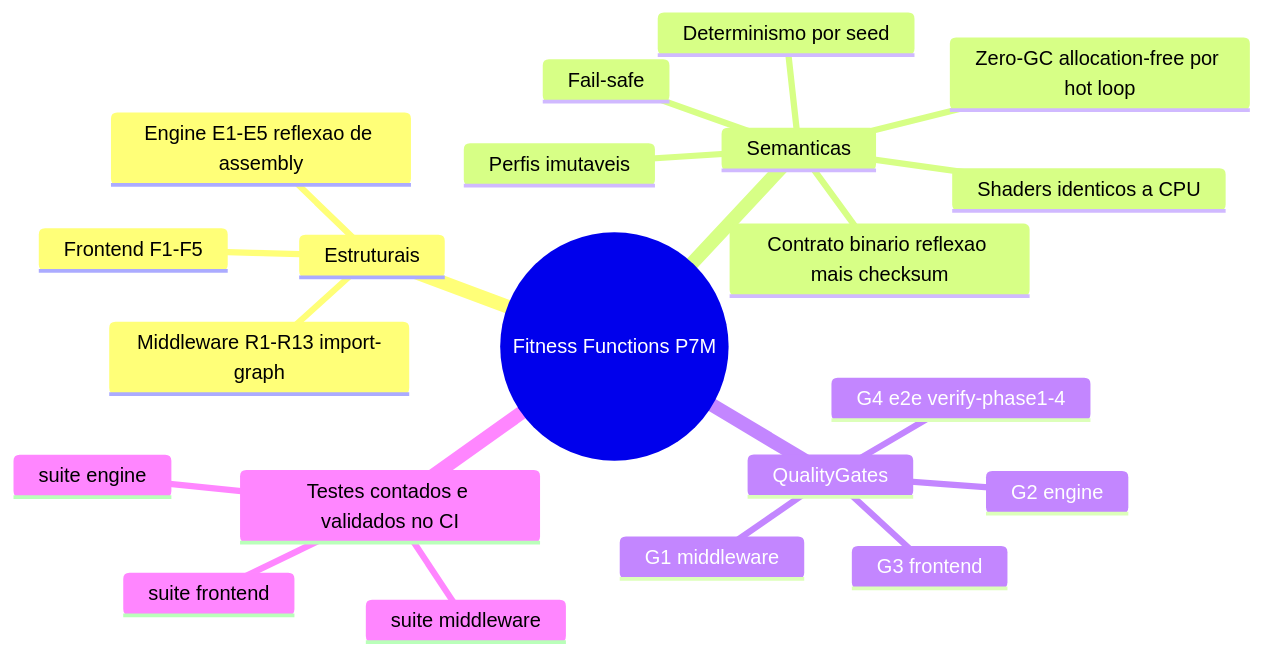
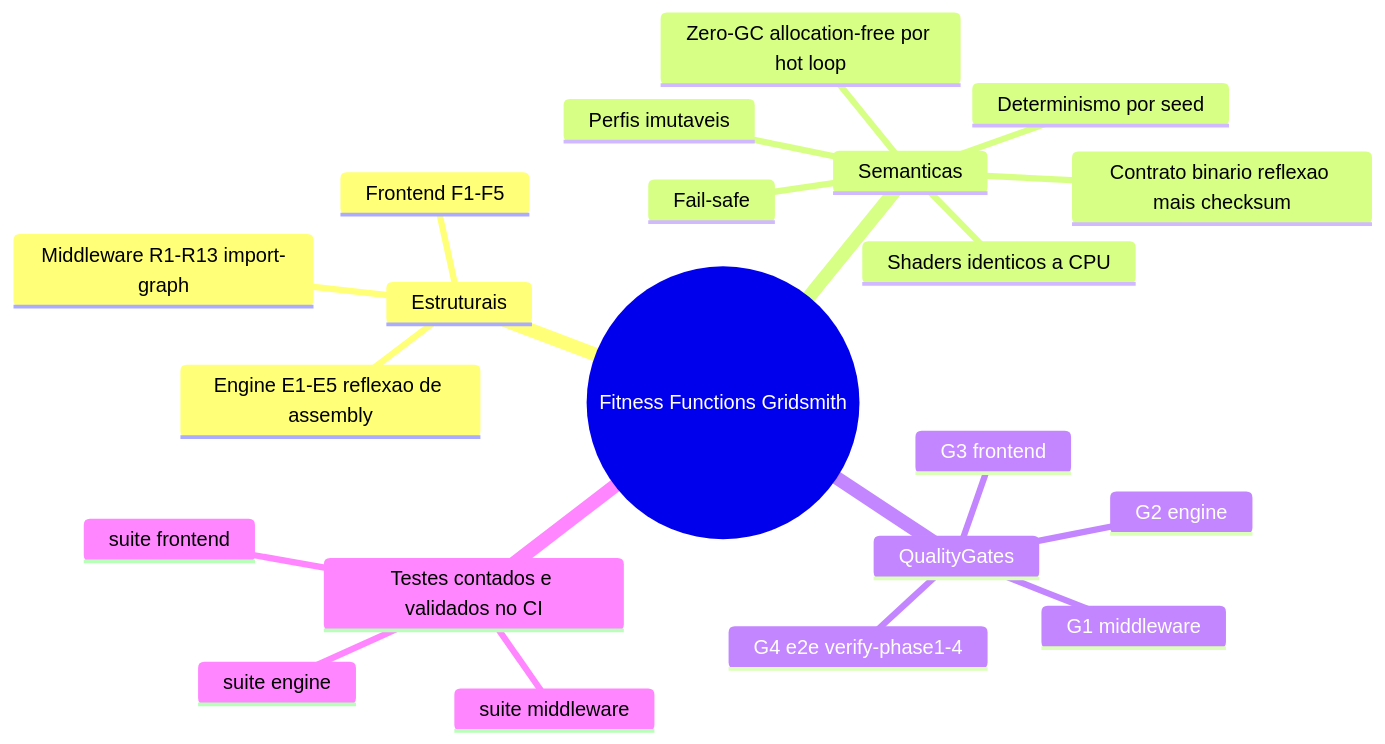
Before and after one commit to flaviotinococoutinho/Gridsmith: the third of 3 diagrams in docs/REQUIREMENTS.md, drawn with Mermaid. The commit also changed 220 other files, not shown here.

````diff
--- a/docs/REQUIREMENTS.md
+++ b/docs/REQUIREMENTS.md
@@ -96,24 +96,24 @@
 ```mermaid
 mindmap
-  root(("Fitness Functions P7M"))
+  root(("Fitness Functions Gridsmith"))
     Estruturais
       Middleware R1-R13 import-graph
       Frontend F1-F5
       Engine E1-E5 reflexao de assembly
     Semanticas
       Zero-GC allocation-free por hot loop
       Determinismo por seed
       Contrato binario reflexao mais checksum
       Shaders identicos a CPU
       Perfis imutaveis
       Fail-safe
     QualityGates
       G1 middleware
       G2 engine
       G3 frontend
       G4 e2e verify-phase1-4
     Testes contados e validados no CI
       suite engine
       suite middleware
       suite frontend
 ```
````
